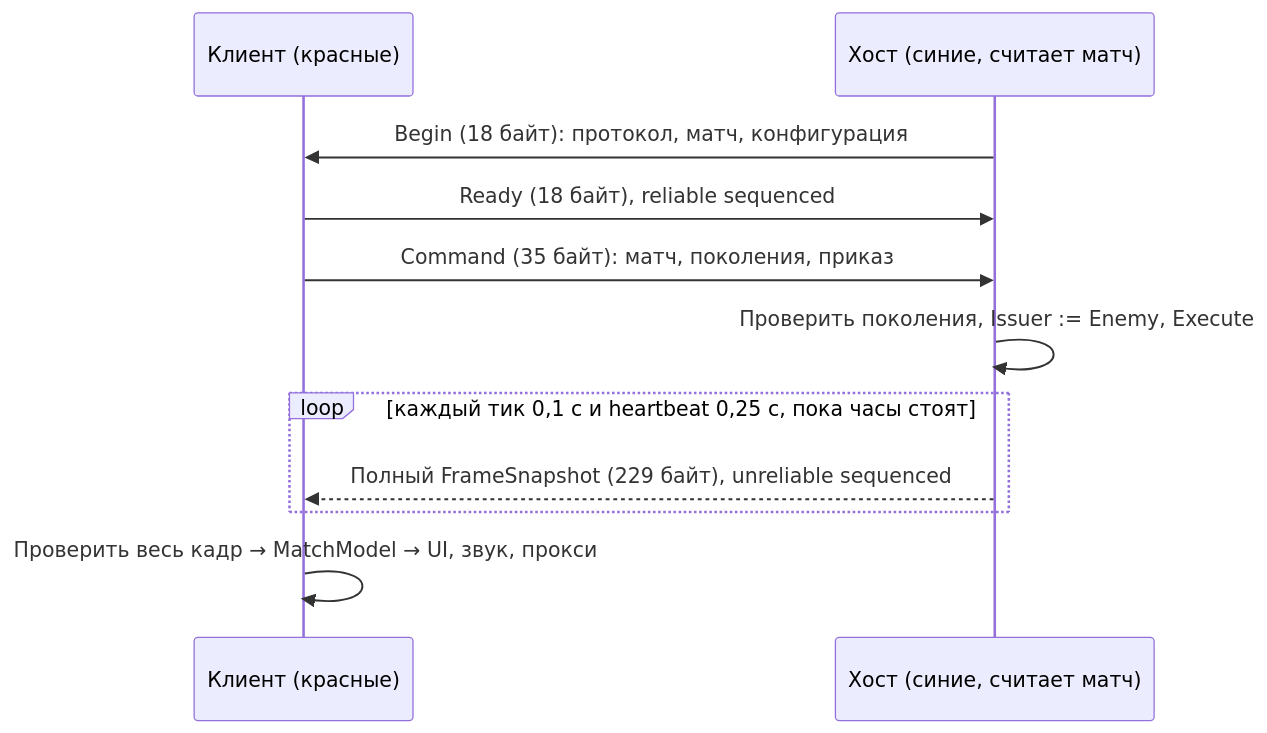
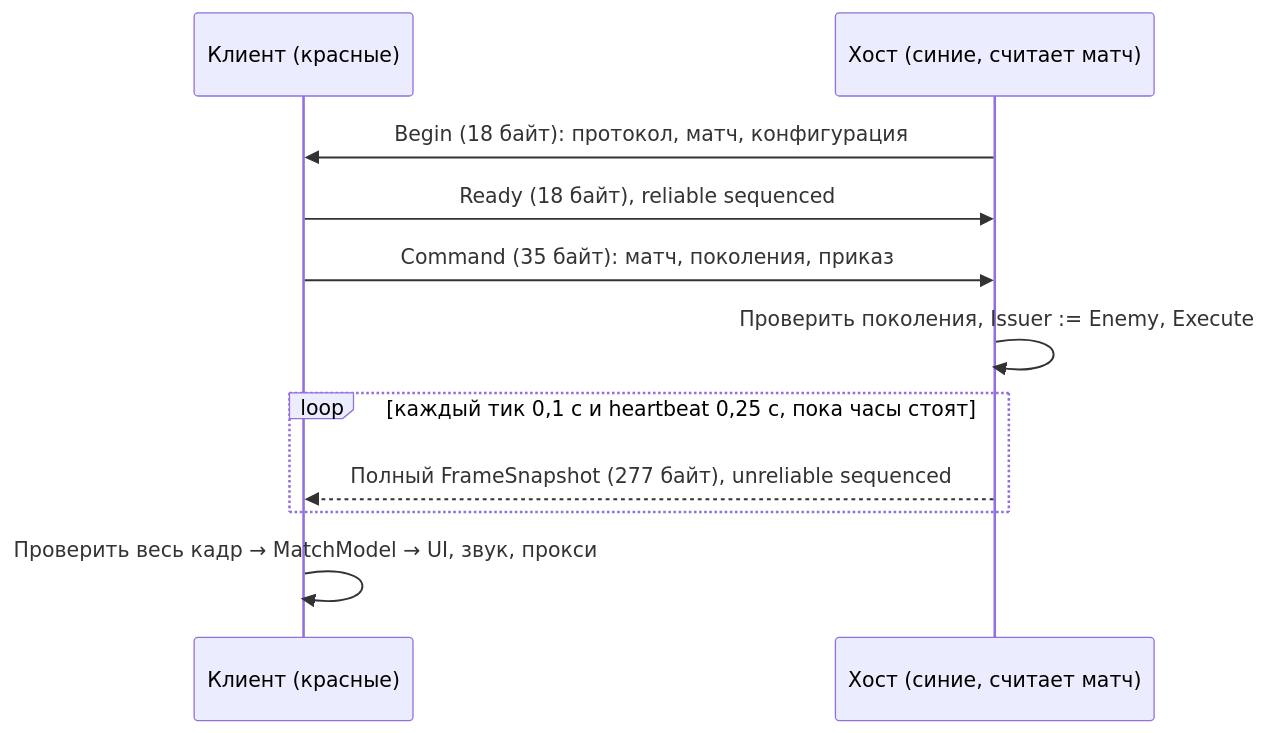
Before and after one commit to ZheleznovAG/SectorLab: the second of 2 diagrams in docs/ARCHITECTURE.md, drawn with Mermaid. The commit also changed other lines of this file and 31 other files, not shown here.

````diff
--- a/docs/ARCHITECTURE.md
+++ b/docs/ARCHITECTURE.md
@@ -82,13 +84,13 @@
 ```mermaid
 sequenceDiagram
     participant C as Клиент (красные)
     participant H as Хост (синие, считает матч)
     H->>C: Begin (18 байт): протокол, матч, конфигурация
     C->>H: Ready (18 байт), reliable sequenced
     C->>H: Command (35 байт): матч, поколения, приказ
     H->>H: Проверить поколения, Issuer := Enemy, Execute
     loop каждый тик 0,1 с и heartbeat 0,25 с, пока часы стоят
-        H-->>C: Полный FrameSnapshot (229 байт), unreliable sequenced
+        H-->>C: Полный FrameSnapshot (277 байт), unreliable sequenced
     end
     C->>C: Проверить весь кадр → MatchModel → UI, звук, прокси
 ```
````
